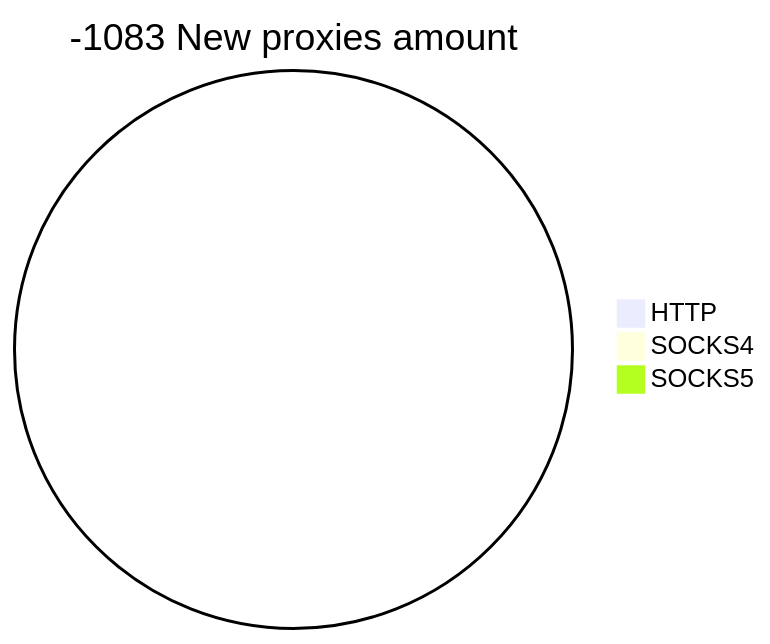
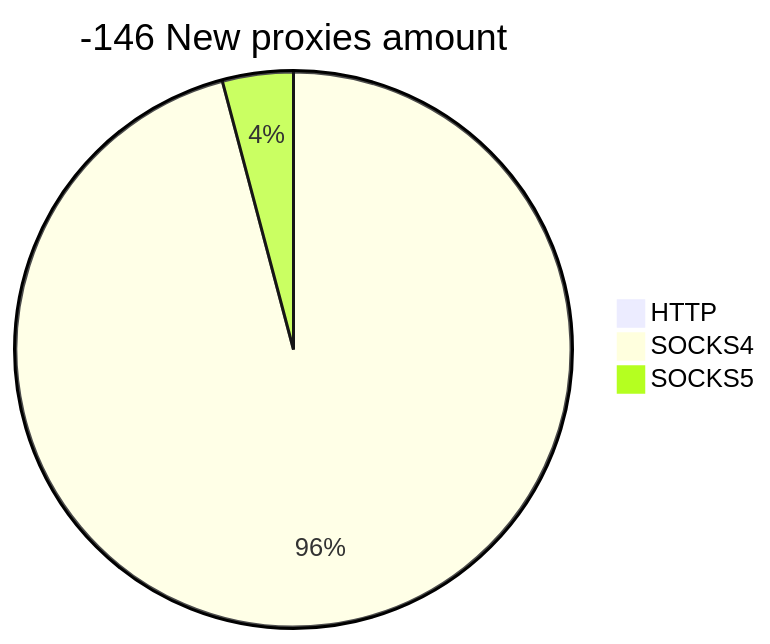
Before and after one commit to cutipu/proxylist: the second of 2 diagrams in README.md, drawn with Mermaid. The commit also changed other lines of this file, not shown here.

````diff
--- a/README.md
+++ b/README.md
@@ -10,6 +10,6 @@
 ```mermaid
-pie title -1083 New proxies amount
+pie title -146 New proxies amount
     "HTTP" : 0
-    "SOCKS4" : 0
-    "SOCKS5" : 0
+    "SOCKS4" : 93
+    "SOCKS5" : 4
 ```
````
